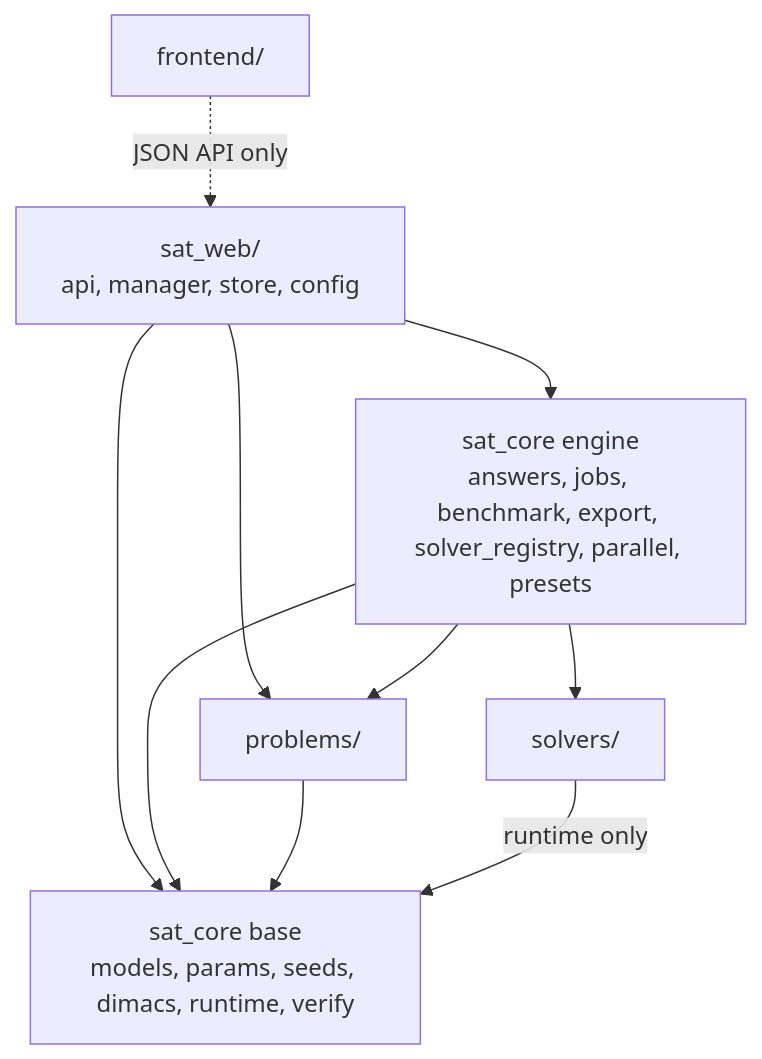
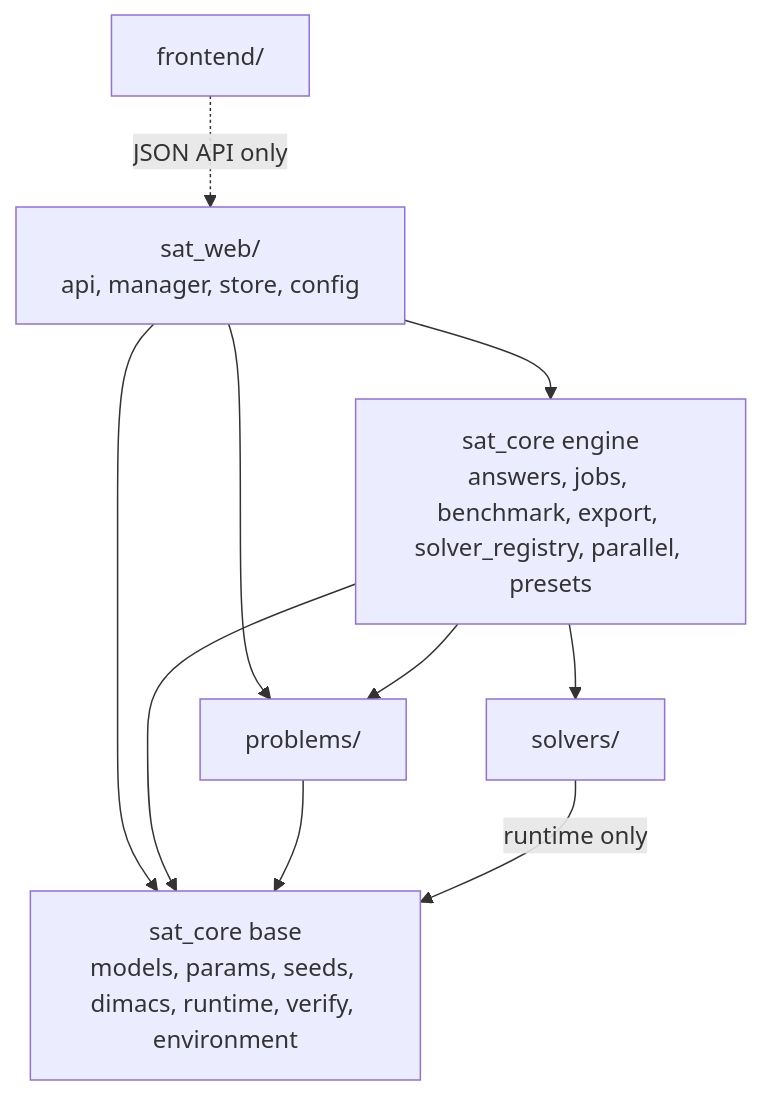
Before and after one commit to Aziyck/SATsolver: the third of 8 diagrams in docs/guide/architecture.md, drawn with Mermaid. The commit also changed 6 other files, not shown here.

````diff
--- a/docs/guide/architecture.md
+++ b/docs/guide/architecture.md
@@ -180,19 +180,19 @@
 ```mermaid
 flowchart TD
     frontend["frontend/"]
     web["sat_web/<br/>api, manager, store, config"]
     engine["sat_core engine<br/>answers, jobs, benchmark, export, solver_registry, parallel, presets"]
     problems["problems/"]
     solvers["solvers/"]
-    base["sat_core base<br/>models, params, seeds, dimacs, runtime, verify"]
+    base["sat_core base<br/>models, params, seeds, dimacs, runtime, verify, environment"]
 
     frontend -. "JSON API only" .-> web
     web --> engine
     web --> problems
     web --> base
     engine --> problems
     engine --> solvers
     engine --> base
     problems --> base
     solvers -- "runtime only" --> base
 ```
````
